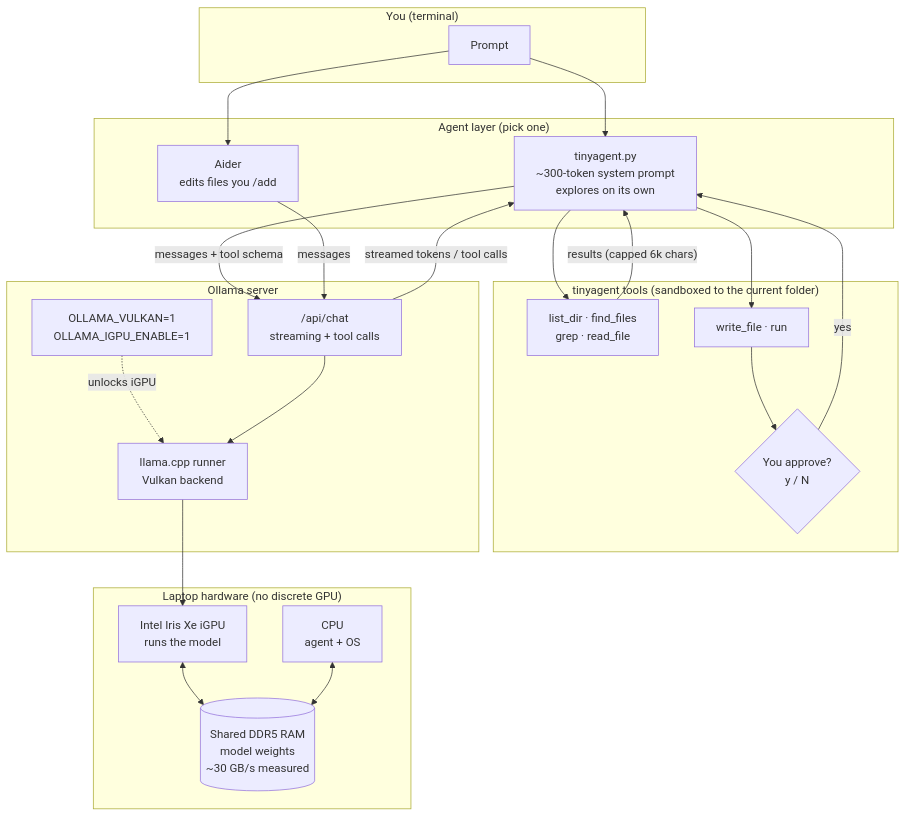
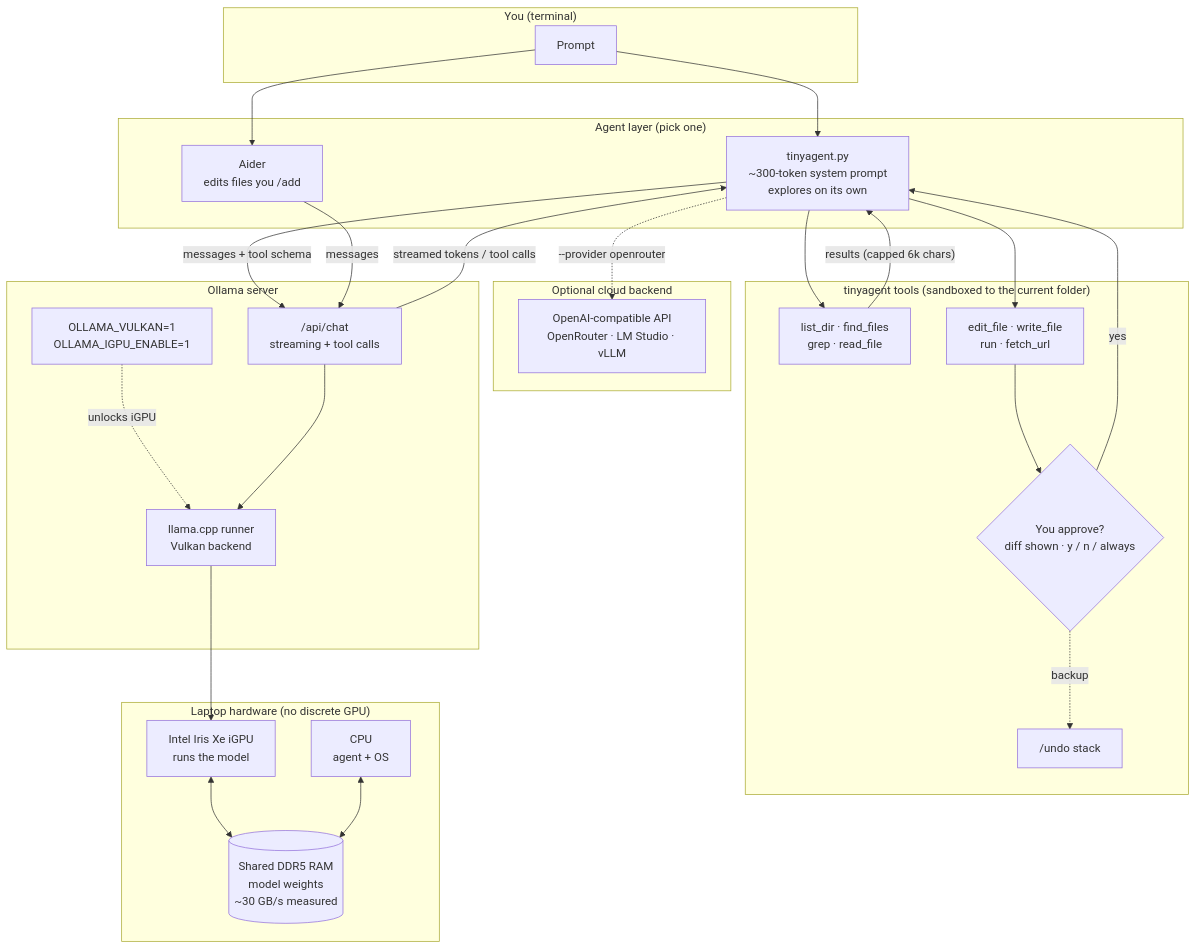
The diagram in README.md (Julien-ser/zerovram), drawn with Mermaid before and after one commit. The commit also changed other lines of this file and 2 other files, not shown here.

First line of the commit message:
tinyagent 0.3: edit_file with diffs, undo, permission modes, sessions, context compaction, OpenAI-compatible backends

````diff
--- a/README.md
+++ b/README.md
@@ -23,42 +23,49 @@
 ```mermaid
 flowchart TB
     subgraph You["You (terminal)"]
         U[Prompt]
     end
 
     subgraph Agents["Agent layer (pick one)"]
         TA["tinyagent.py<br/>~300-token system prompt<br/>explores on its own"]
         AD["Aider<br/>edits files you /add"]
     end
 
     subgraph Tools["tinyagent tools (sandboxed to the current folder)"]
         R["list_dir · find_files<br/>grep · read_file"]
-        W["write_file · run"]
-        G{"You approve?<br/>y / N"}
+        W["edit_file · write_file<br/>run · fetch_url"]
+        G{"You approve?<br/>diff shown · y / n / always"}
+        UN["/undo stack"]
+    end
+
+    subgraph Cloud["Optional cloud backend"]
+        CL["OpenAI-compatible API<br/>OpenRouter · LM Studio · vLLM"]
     end
 
     subgraph Server["Ollama server"]
         API["/api/chat<br/>streaming + tool calls"]
         ENV["OLLAMA_VULKAN=1<br/>OLLAMA_IGPU_ENABLE=1"]
         LC["llama.cpp runner<br/>Vulkan backend"]
     end
 
     subgraph HW["Laptop hardware (no discrete GPU)"]
         IGPU["Intel Iris Xe iGPU<br/>runs the model"]
         CPU["CPU<br/>agent + OS"]
         RAM[("Shared DDR5 RAM<br/>model weights<br/>~30 GB/s measured")]
     end
 
     U --> TA & AD
     TA -- "messages + tool schema" --> API
     AD -- messages --> API
     API -- "streamed tokens / tool calls" --> TA
     TA --> R
     TA --> W --> G
     R -- "results (capped 6k chars)" --> TA
     G -- "yes" --> TA
+    G -. "backup" .-> UN
+    TA -. "--provider openrouter" .-> CL
     ENV -. "unlocks iGPU" .-> LC
     API --> LC --> IGPU
     IGPU <--> RAM
     CPU <--> RAM
 ```
````
